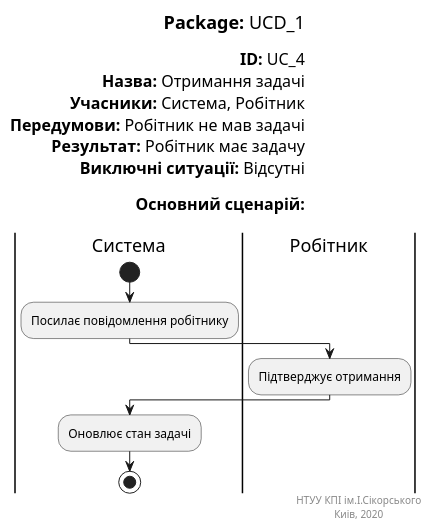
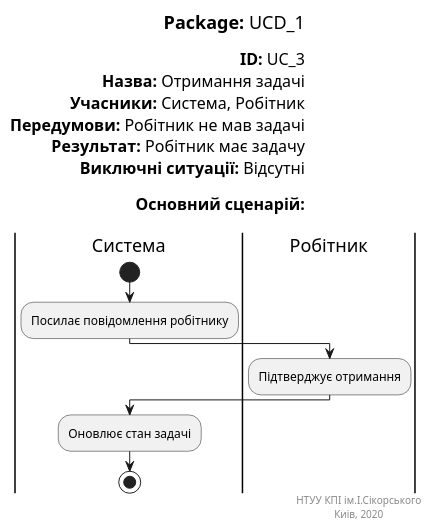
The diagram in docs/puml/getTask.puml (Jirobus/Core), drawn with PlantUML before and after one commit.

```diff
--- a/docs/puml/getTask.puml
+++ b/docs/puml/getTask.puml
@@ -1,31 +1,31 @@
-@startuml
+@startuml getTask
 left header
 <font color=000 size=18><b>Package:</b> UCD_1
 
-<font color=000 size=16><b>ID:</b> UC_4
+<font color=000 size=16><b>ID:</b> UC_3
 <font color=000 size=16><b>Назва:</b> Отримання задачі
 <font color=000 size=16><b>Учасники:</b> Система, Робітник
 <font color=000 size=16><b>Передумови:</b> Робітник не мав задачі
 <font color=000 size=16><b>Результат:</b> Робітник має задачу
 <font color=000 size=16><b>Виключні ситуації:</b> Відсутні
 
 <font color=000 size=16><b>Основний сценарій:</b> 
 
 end header
 
 |Система|
 start
 :Посилає повідомлення робітнику;
 
 |Робітник|
 :Підтверджує отримання;
 
 |Система|
 :Оновлює стан задачі;
 stop
 
 right footer
 НТУУ КПІ ім.І.Сікорського
 Киів, 2020 
 end footer
 @enduml
```
